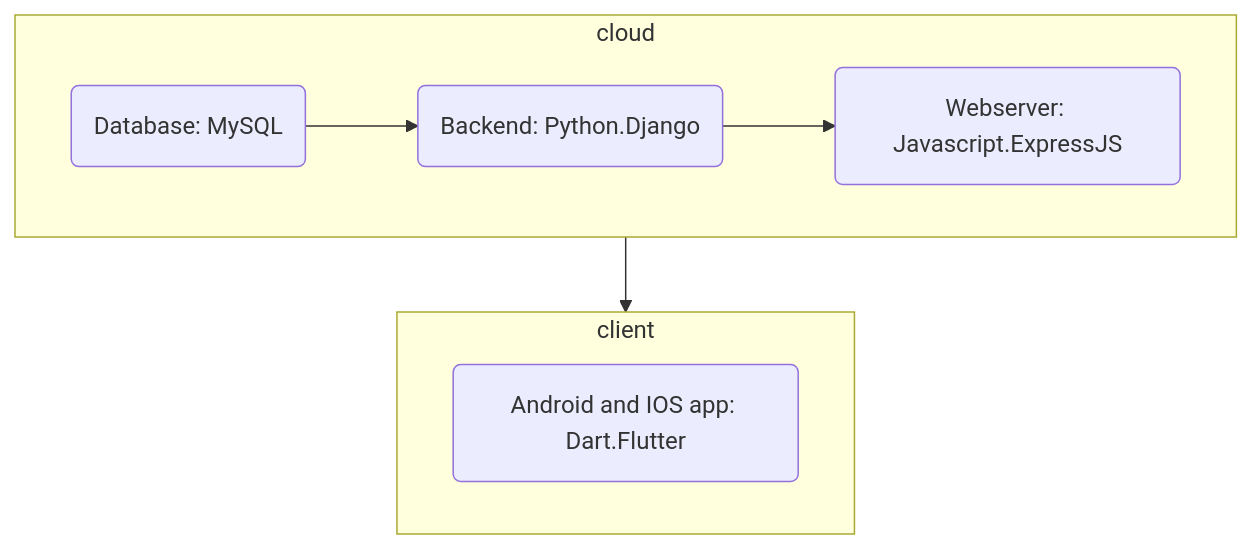
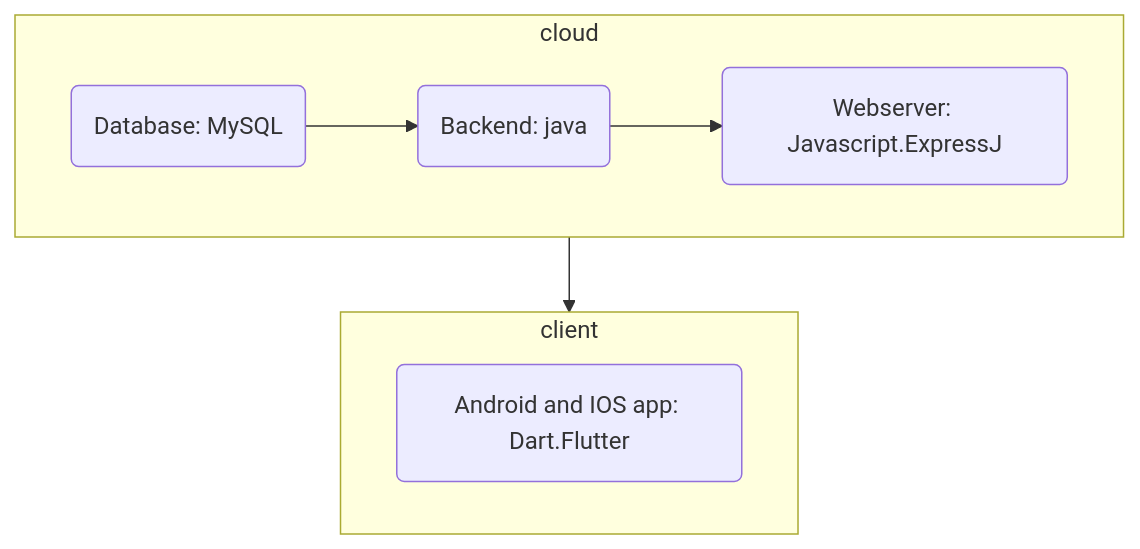
Before and after one commit to Ahmadlong/Game-Pengundian: the diagram in pengundian.md, drawn with Mermaid. The commit also changed other lines of this file, not shown here.

````diff
--- a/pengundian.md
+++ b/pengundian.md
@@ -60,14 +60,14 @@
 ```mermaid
 flowchart TD
   subgraph cloud
 
-  a(Database: MySQL)-->b(Backend: Python.Django)-->c(Webserver: Javascript.ExpressJS)
+  a(Database: MySQL)-->b(Backend: java)-->c(Webserver: Javascript.ExpressJ)
   end
 
   subgraph client
   id1(Android and IOS app: Dart.Flutter)
   end
 
   cloud-->client
 
 ```
````
